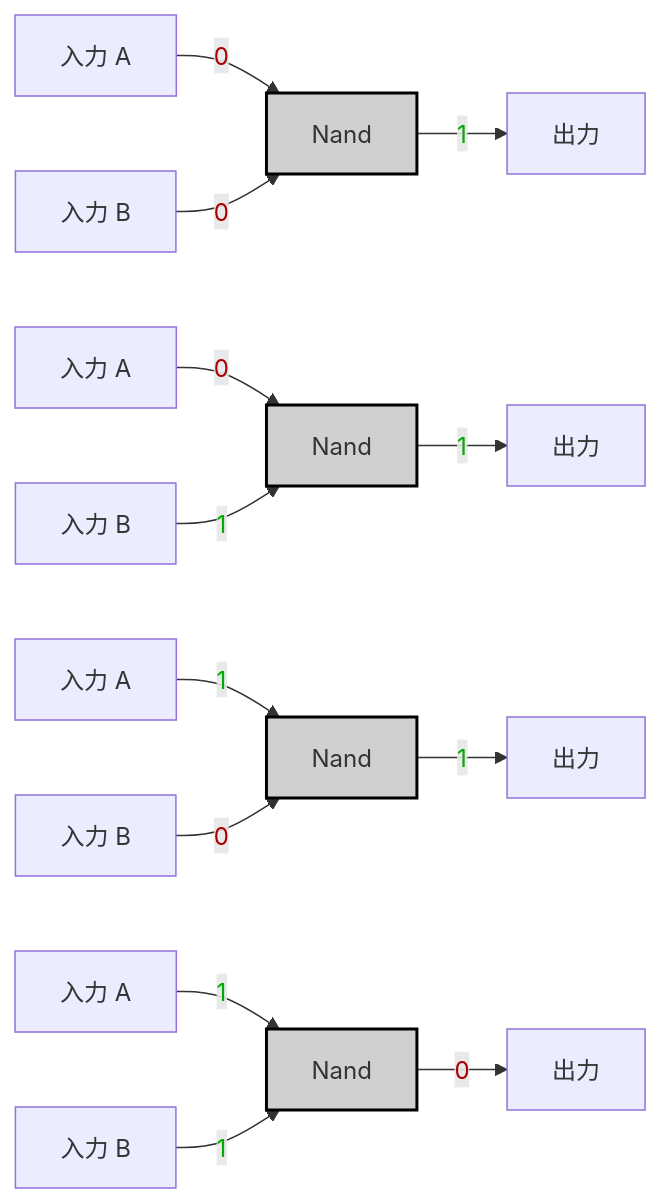
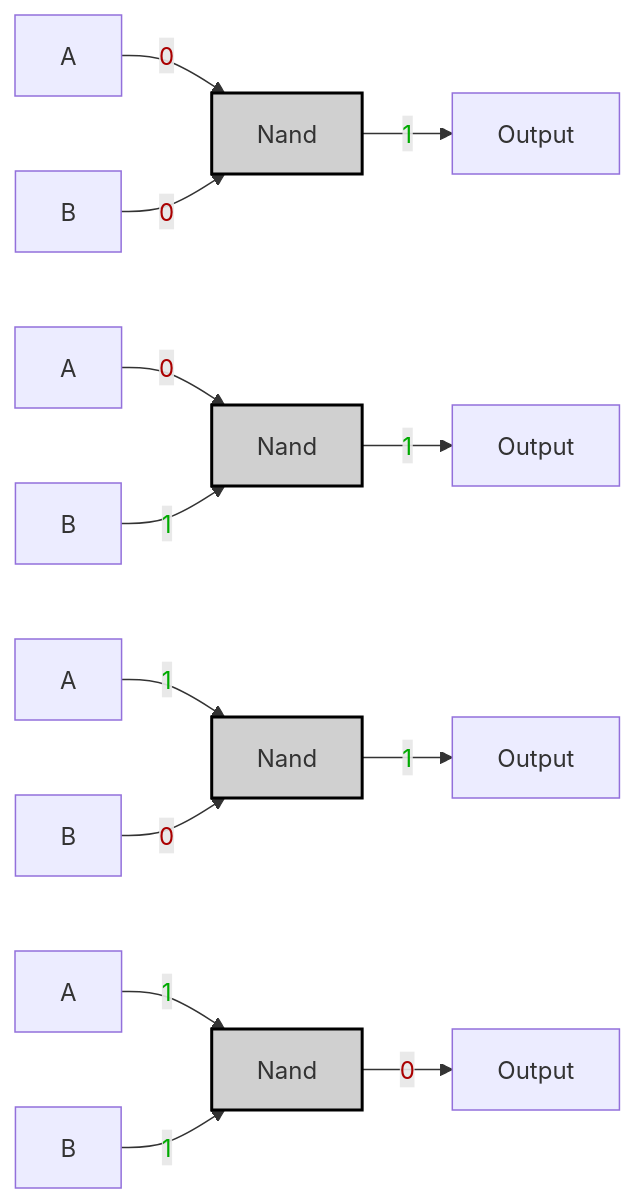
The diagram in 99_Projects/Nand2Tetris/HackHDL/00_NAND.md (MeJamoLeo/Vault_Templates), drawn with Mermaid before and after one commit. The commit also changed 3 other files, not shown here.

````diff
--- a/99_Projects/Nand2Tetris/HackHDL/00_NAND.md
+++ b/99_Projects/Nand2Tetris/HackHDL/00_NAND.md
@@ -22,20 +22,20 @@
 ```mermaid
 graph LR;
-A0["入力 A"] -->|<span style="color:#a00">0</span>| Nand0;
-B0["入力 B"] -->|<span style="color:#a00">0</span>| Nand0;
-Nand0["Nand"]:::gate -->|<span style="color:#0a0">1</span>| OUT0["出力"];
+A0["A"] -->|<span style="color:#a00">0</span>| Nand0;
+B0["B"] -->|<span style="color:#a00">0</span>| Nand0;
+Nand0["Nand"]:::gate -->|<span style="color:#0a0">1</span>| OUT0["Output"];
 
-A1["入力 A"] -->|<span style="color:#a00">0</span>| Nand1;
-B1["入力 B"] -->|<span style="color:#0a0">1</span>| Nand1;
-Nand1["Nand"]:::gate -->|<span style="color:#0a0">1</span>| OUT1["出力"];
+A1["A"] -->|<span style="color:#a00">0</span>| Nand1;
+B1["B"] -->|<span style="color:#0a0">1</span>| Nand1;
+Nand1["Nand"]:::gate -->|<span style="color:#0a0">1</span>| OUT1["Output"];
 
-A2["入力 A"] -->|<span style="color:#0a0">1</span>| Nand2;
-B2["入力 B"] -->|<span style="color:#a00">0</span>| Nand2;
-Nand2["Nand"]:::gate -->|<span style="color:#0a0">1</span>| OUT2["出力"];
+A2["A"] -->|<span style="color:#0a0">1</span>| Nand2;
+B2["B"] -->|<span style="color:#a00">0</span>| Nand2;
+Nand2["Nand"]:::gate -->|<span style="color:#0a0">1</span>| OUT2["Output"];
 
-A3["入力 A"] -->|<span style="color:#0a0">1</span>| Nand3;
-B3["入力 B"] -->|<span style="color:#0a0">1</span>| Nand3;
-Nand3["Nand"]:::gate -->|<span style="color:#a00">0</span>| OUT3["出力"];
+A3["A"] -->|<span style="color:#0a0">1</span>| Nand3;
+B3["B"] -->|<span style="color:#0a0">1</span>| Nand3;
+Nand3["Nand"]:::gate -->|<span style="color:#a00">0</span>| OUT3["Output"];
 
 classDef gate fill:#d0d0d0,stroke:#000,stroke-width:2px;
 ```
````
